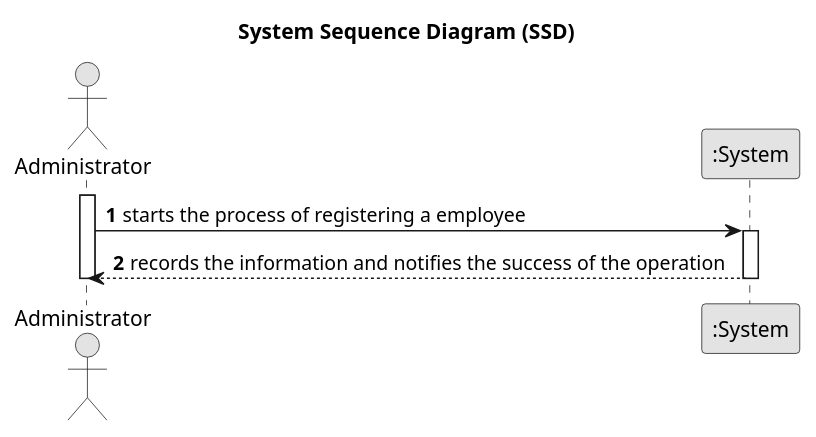
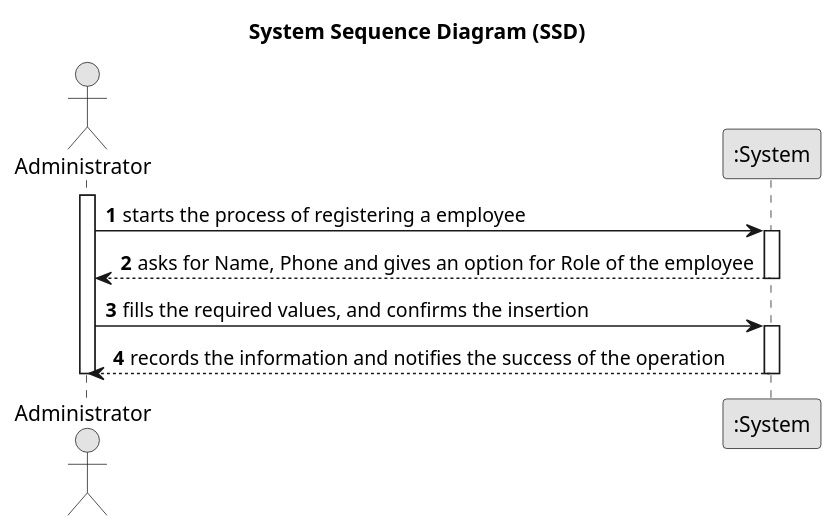
The diagram in sns-base/doc/global/user-story/puml/US014-SSD.puml (rafaafig/SnsTrab), drawn with PlantUML before and after one commit. The commit also changed 5 other files, not shown here.

```diff
--- a/sns-base/doc/global/user-story/puml/US014-SSD.puml
+++ b/sns-base/doc/global/user-story/puml/US014-SSD.puml
@@ -1,21 +1,27 @@
 @startuml
 skinparam monochrome true
 skinparam packageStyle rectangle
 skinparam shadowing false
 
 title System Sequence Diagram (SSD)
 
 autonumber
 
 actor Administrator
 participant ":System" as System
 
 activate Administrator
     Administrator -> System : starts the process of registering a employee
 
 activate System
+    System --> Administrator : asks for Name, Phone and gives an option for Role of the employee
+deactivate System
+
+    Administrator -> System : fills the required values, and confirms the insertion
+
+activate System
     System --> Administrator : records the information and notifies the success of the operation
 deactivate System
 deactivate Administrator
 
 @enduml
```
